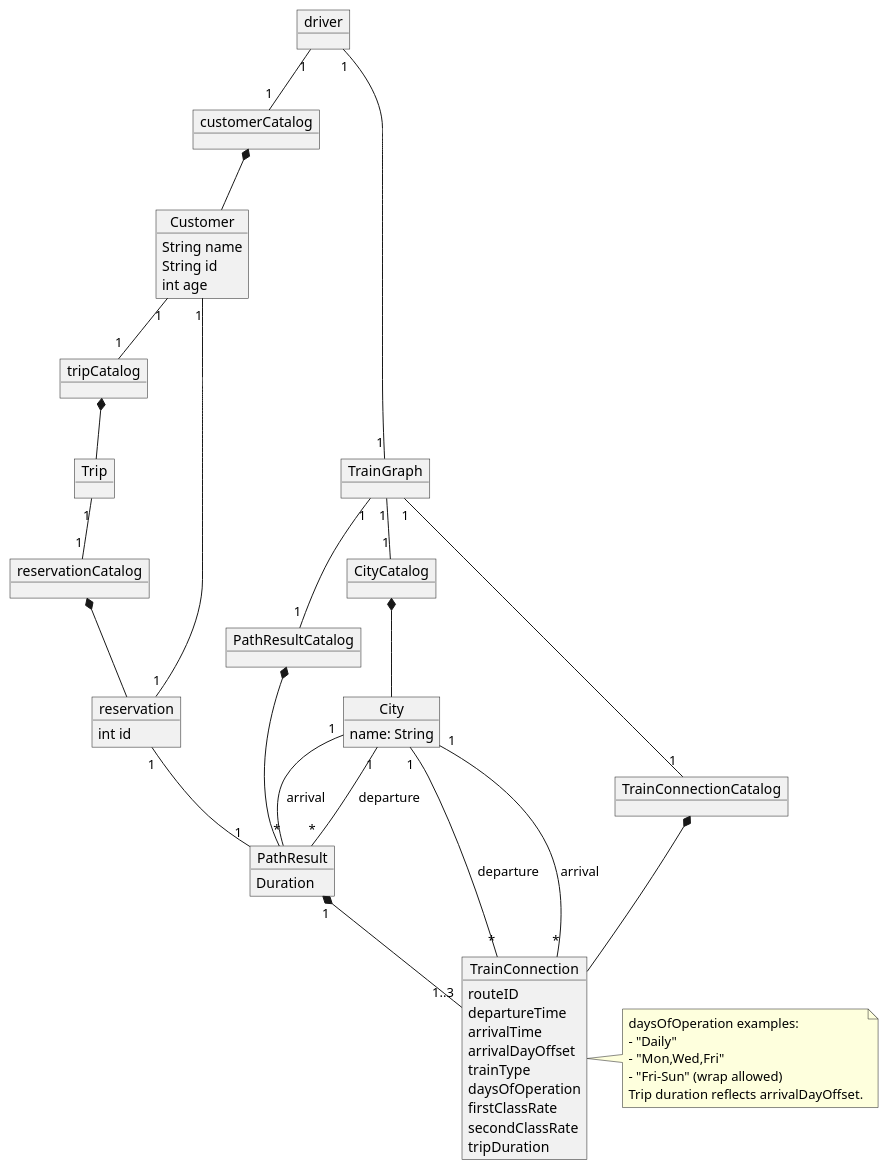
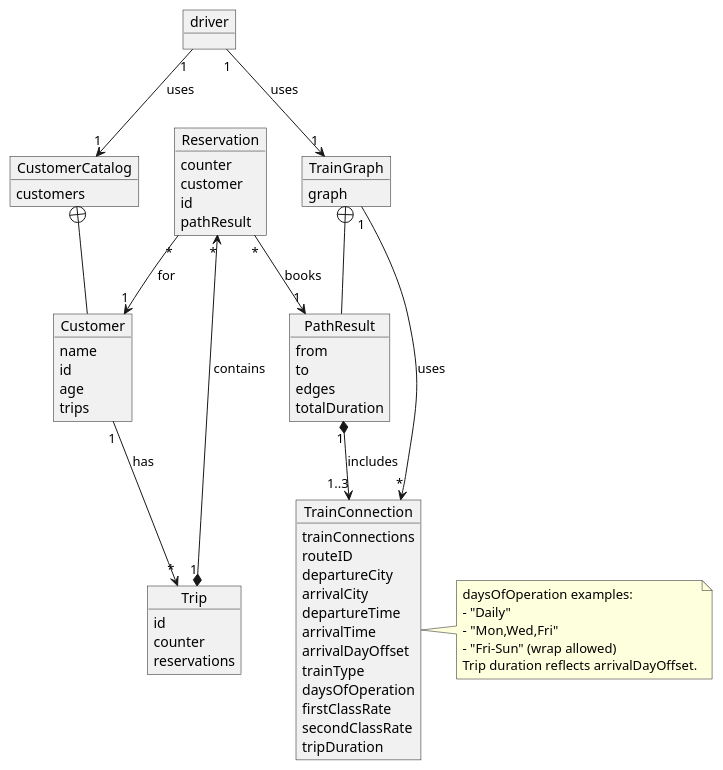
The diagram in Iteration_3/docs/UMLs/domainModel.puml (SamuelVachon/SOEN342), drawn with PlantUML before and after one commit. The commit also changed 7 other files, not shown here.

Commit message:
fixed domain model and class diagrams for iteration 2 and 3

```diff
--- a/Iteration_3/docs/UMLs/domainModel.puml
+++ b/Iteration_3/docs/UMLs/domainModel.puml
@@ -1,101 +1,83 @@
 @startuml domain model
 skinparam classAttributeIconSize 0
 
-object City {
-  name: String
-}
-
-object CityCatalog{
-
-}
-
-object TrainConnectionCatalog{
-
-}
 
 object TrainConnection {
+  trainConnections
   routeID
+  departureCity
+  arrivalCity
   departureTime
   arrivalTime
   arrivalDayOffset
   trainType
   daysOfOperation
   firstClassRate
   secondClassRate
   tripDuration
 }
 
 
 object TrainGraph {
-
+  graph
 }
 
-object PathResultCatalog{
 
+object PathResult {
+  from
+  to
+  edges
+  totalDuration
 }
 
-object PathResult {
-  Duration
-}
 
-object customerCatalog{
-
-}
 
 object Customer{
-  String name
-  String id
-  int age
-}
-
-object tripCatalog{
-
+  name
+  id
+  age
+  trips
 }
 
 object Trip{
-
-}
-
-object reservationCatalog{
-
-}
-
-object reservation{
-  int id
+  id
+  counter
+  reservations
 }
 
 object driver{
 
 }
 
-driver "1" -- "1" TrainGraph
-driver "1" -- "1" customerCatalog
-customerCatalog  *-- Customer
-Customer "1" -- "1" tripCatalog
-tripCatalog *-- Trip
-Trip "1" -- "1" reservationCatalog
-reservationCatalog *-- reservation
-reservation "1" -- "1" Customer
-reservation "1" -- "1" PathResult
+object CustomerCatalog{
+  customers
+}
 
-PathResultCatalog *-- PathResult
-TrainConnectionCatalog *-- TrainConnection
-CityCatalog *-- City
-City "1" -- "*" TrainConnection : departure
-City "1" -- "*" TrainConnection : arrival
-City "1" -- "*" PathResult : departure
-City "1" -- "*" PathResult : arrival
-TrainGraph "1" --  "1" TrainConnectionCatalog
-TrainGraph "1" --  "1" PathResultCatalog
-TrainGraph "1" --  "1" CityCatalog
-PathResult "1" *-- "1..3" TrainConnection
+object Reservation{
+  counter
+  customer
+  id
+  pathResult
+}
+
+driver "1" --> "1" TrainGraph : uses
+driver "1" --> "1" CustomerCatalog : uses
+CustomerCatalog +-- Customer
+Customer "1" --> "*" Trip : has
+Trip "1" *--> "*" Reservation : contains
+Reservation "*" --> "1" Customer : for
+Reservation "*" --> "1" PathResult : books
+TrainGraph +-- PathResult
+TrainGraph "1" --> "*" TrainConnection : uses
+PathResult "1" *--> "1..3" TrainConnection : includes
 
 
 note right of TrainConnection
 daysOfOperation examples:
 - "Daily"
 - "Mon,Wed,Fri"
 - "Fri-Sun" (wrap allowed)
 Trip duration reflects arrivalDayOffset.
 end note
+
 @enduml
```
